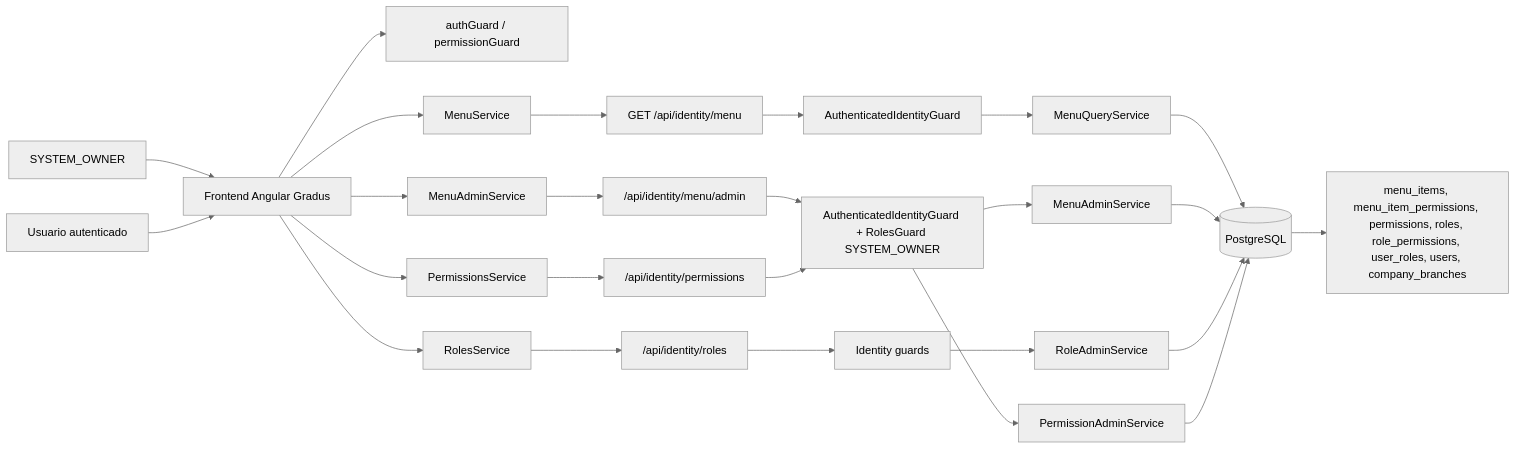
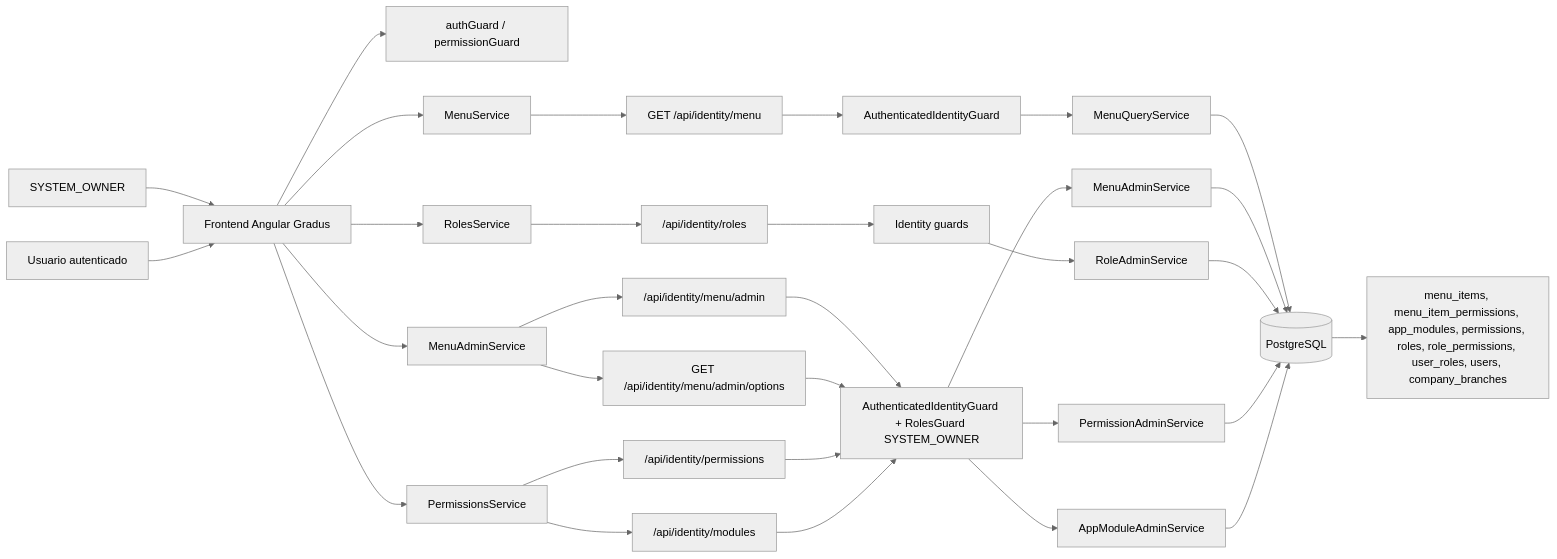
Before and after one commit to apaul6dev/obralink-backend: the first of 4 diagrams in MENU_CONFIGURATION.md, drawn with Mermaid (neutral theme). The commit also changed other lines of this file and 21 other files, not shown here.

````diff
--- a/MENU_CONFIGURATION.md
+++ b/MENU_CONFIGURATION.md
@@ -44,33 +49,39 @@
 ```mermaid
 flowchart LR
   Owner["SYSTEM_OWNER"] --> Frontend["Frontend Angular Gradus"]
   User["Usuario autenticado"] --> Frontend
 
   Frontend --> AuthGuard["authGuard / permissionGuard"]
   Frontend --> MenuService["MenuService"]
   Frontend --> MenuAdminService["MenuAdminService"]
   Frontend --> RolesService["RolesService"]
   Frontend --> PermissionsService["PermissionsService"]
 
   MenuService --> MenuApi["GET /api/identity/menu"]
   MenuAdminService --> MenuAdminApi["/api/identity/menu/admin"]
+  MenuAdminService --> MenuOptionsApi["GET /api/identity/menu/admin/options"]
   RolesService --> RolesApi["/api/identity/roles"]
   PermissionsService --> PermissionsApi["/api/identity/permissions"]
+  PermissionsService --> ModulesApi["/api/identity/modules"]
 
   MenuApi --> AuthenticatedGuard["AuthenticatedIdentityGuard"]
   MenuAdminApi --> OwnerGuard["AuthenticatedIdentityGuard + RolesGuard SYSTEM_OWNER"]
+  MenuOptionsApi --> OwnerGuard
   RolesApi --> IdentityGuards["Identity guards"]
   PermissionsApi --> OwnerGuard
+  ModulesApi --> OwnerGuard
 
   AuthenticatedGuard --> MenuQueryService["MenuQueryService"]
   OwnerGuard --> MenuAdminServiceBackend["MenuAdminService"]
   IdentityGuards --> RoleAdminService["RoleAdminService"]
   OwnerGuard --> PermissionAdminService["PermissionAdminService"]
 
   MenuQueryService --> DB[(PostgreSQL)]
   MenuAdminServiceBackend --> DB
   RoleAdminService --> DB
   PermissionAdminService --> DB
+  OwnerGuard --> AppModuleAdminService["AppModuleAdminService"]
+  AppModuleAdminService --> DB
 
-  DB --> Tables["menu_items, menu_item_permissions, permissions, roles, role_permissions, user_roles, users, company_branches"]
+  DB --> Tables["menu_items, menu_item_permissions, app_modules, permissions, roles, role_permissions, user_roles, users, company_branches"]
 ```
````
